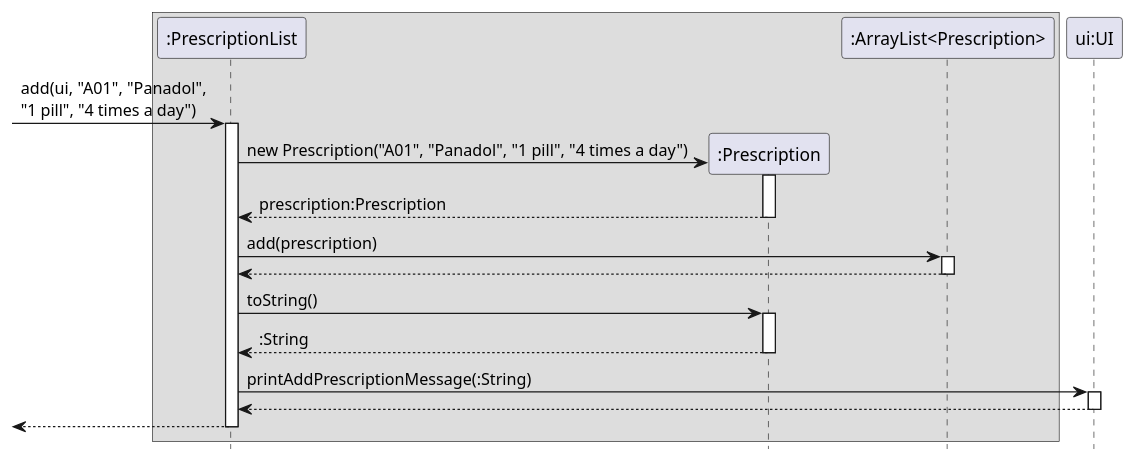
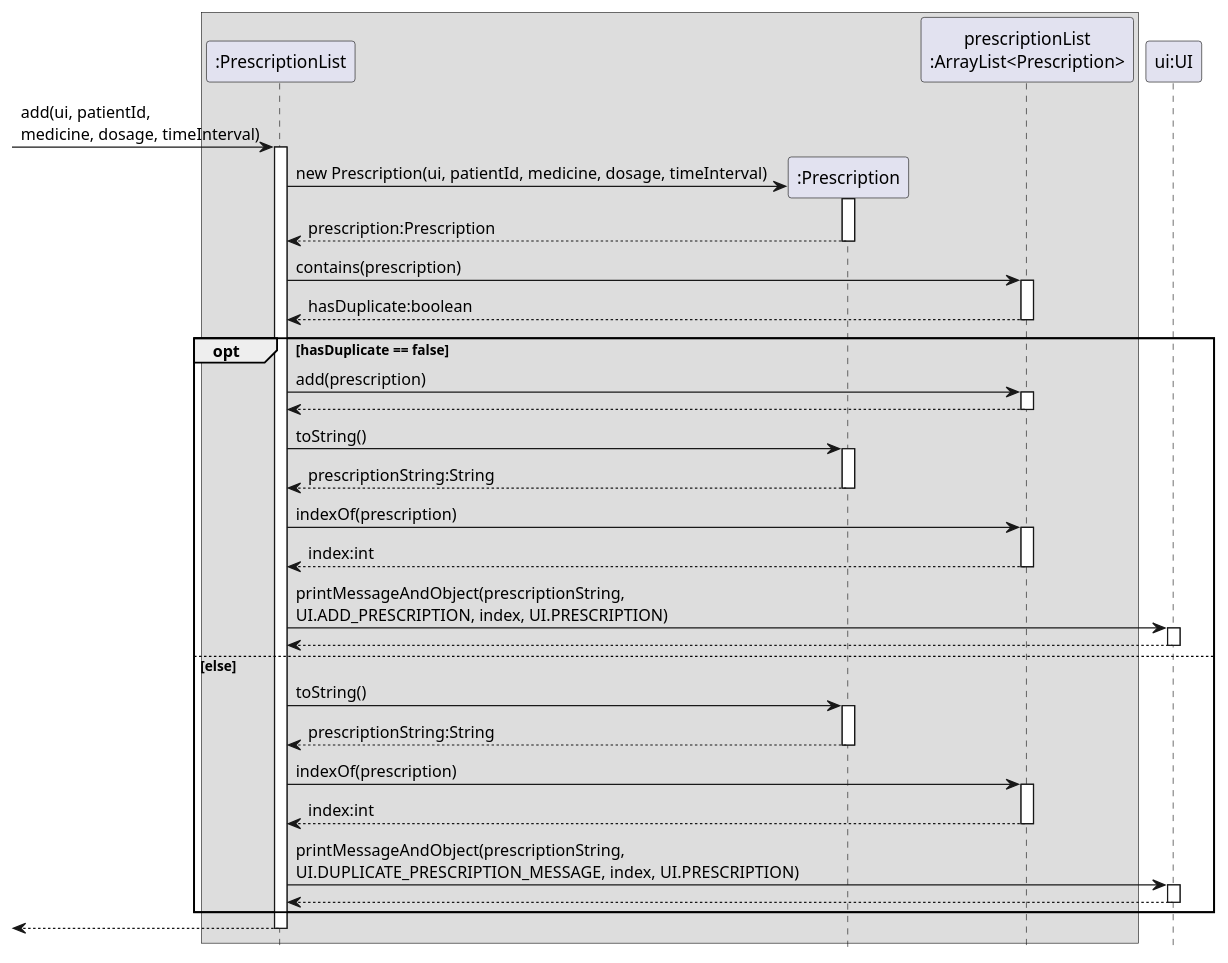
The diagram in docs/diagrams/PrescriptionListAdd.puml (nus-cs2113-AY2223S1/tp), drawn with PlantUML before and after one commit. The commit also changed 2 other files, not shown here.

Commit message:
Make sequence diagram for adding new prescription more generic

```diff
--- a/docs/diagrams/PrescriptionListAdd.puml
+++ b/docs/diagrams/PrescriptionListAdd.puml
@@ -1,36 +1,58 @@
 @startuml
 hide footbox
 
 box
 participant ":PrescriptionList" as A
 participant ":Prescription" as B
-participant ":ArrayList<Prescription>" as C
+participant "prescriptionList\n:ArrayList<Prescription>" as C
 end box
 
 participant "ui:UI" as D
 
-[-> A : add(ui, "A01", "Panadol", \n"1 pill", "4 times a day")
+[-> A : add(ui, patientId, \nmedicine, dosage, timeInterval)
 activate A
 
-
 create B
-A -> B : new Prescription("A01", "Panadol", "1 pill", "4 times a day")
+A -> B : new Prescription(ui, patientId, medicine, dosage, timeInterval)
 activate B
 B --> A : prescription:Prescription
 deactivate B
 
-A -> C : add(prescription)
+A -> C : contains(prescription)
 activate C
-return
+return hasDuplicate:boolean
 
-A -> B : toString()
-activate B
-return :String
+opt hasDuplicate == false
+    A -> C : add(prescription)
+    activate C
+    return
 
-A -> D : printAddPrescriptionMessage(:String)
-activate D
-return
+    A -> B : toString()
+    activate B
+    return prescriptionString:String
+
+    A -> C : indexOf(prescription)
+    activate C
+    return index:int
+
+    A -> D : printMessageAndObject(prescriptionString, \nUI.ADD_PRESCRIPTION, index, UI.PRESCRIPTION)
+    activate D
+    return
+
+else else
+    A -> B : toString()
+    activate B
+    return prescriptionString:String
+
+    A -> C : indexOf(prescription)
+    activate C
+    return index:int
+
+    A -> D : printMessageAndObject(prescriptionString, \nUI.DUPLICATE_PRESCRIPTION_MESSAGE, index, UI.PRESCRIPTION)
+    activate D
+    return
+end
 
 return
 
 @enduml
```
